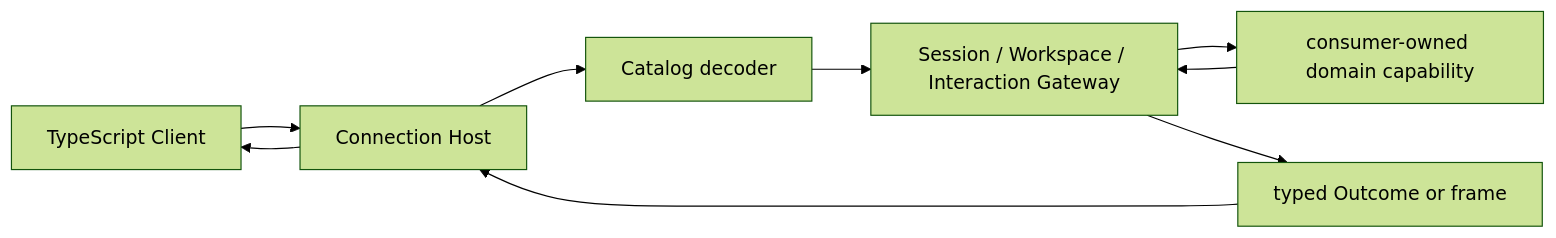
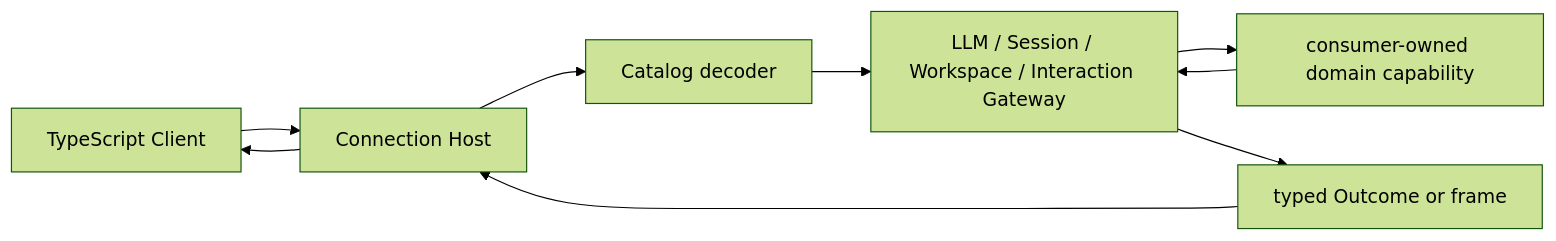
Before and after one commit to gorenx/goren: the diagram in apiproxy/README.zh-CN.md, drawn with Mermaid (forest theme). The commit also changed other lines of this file and 4 other files, not shown here.

````diff
--- a/apiproxy/README.zh-CN.md
+++ b/apiproxy/README.zh-CN.md
@@ -17,11 +18,11 @@
 ```mermaid
 flowchart LR
     A[TypeScript Client] --> B[Connection Host]
     B --> C[Catalog decoder]
-    C --> D[Session / Workspace / Interaction Gateway]
+    C --> D[LLM / Session / Workspace / Interaction Gateway]
     D --> E[consumer-owned domain capability]
     E --> D
     D --> F[typed Outcome or frame]
     F --> B
     B --> A
 ```
````
